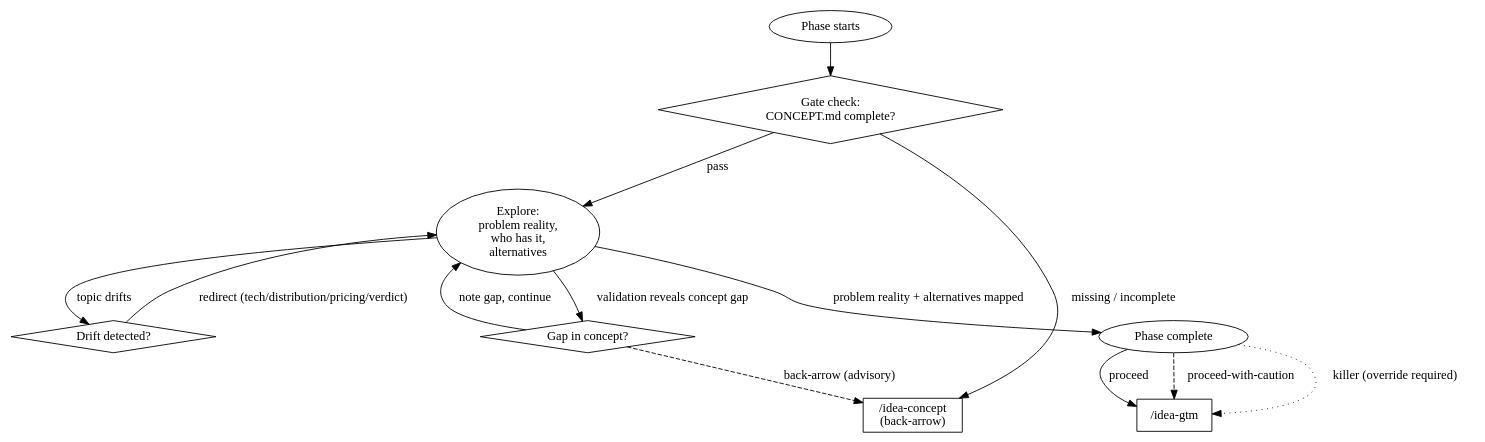
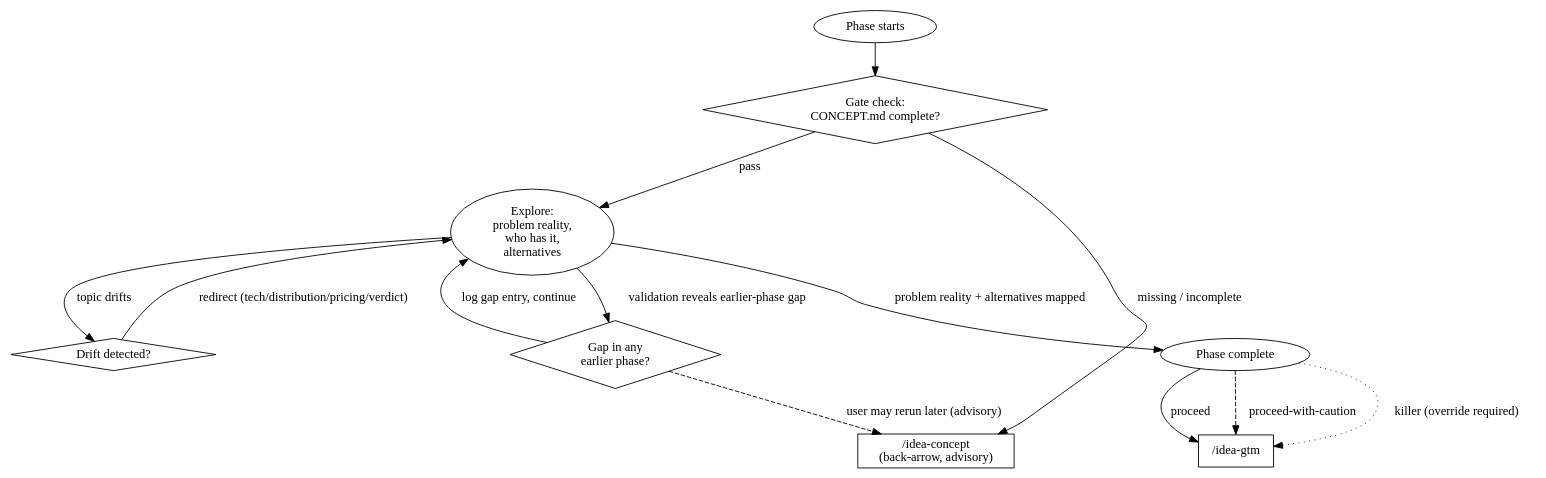
One commit to sticatz/eureka changed the diagram in skills/idea-validate/SKILL.md. Above: the diagram before and after it, drawn with Graphviz. The commit also changed other lines of this file and 9 other files, not shown here.

````diff
--- a/skills/idea-validate/SKILL.md
+++ b/skills/idea-validate/SKILL.md
@@ -25,25 +26,25 @@
 ```dot
 digraph validate {
     entry [label="Phase starts" shape=ellipse];
     gate [label="Gate check:\nCONCEPT.md complete?" shape=diamond];
     explore [label="Explore:\nproblem reality,\nwho has it,\nalternatives"];
     drift [label="Drift detected?" shape=diamond];
-    gap [label="Gap in concept?" shape=diamond];
+    gap [label="Gap in any\nearlier phase?" shape=diamond];
     complete [label="Phase complete" shape=ellipse];
     gtm [label="/idea-gtm" shape=box];
-    concept [label="/idea-concept\n(back-arrow)" shape=box];
+    concept [label="/idea-concept\n(back-arrow, advisory)" shape=box];
 
     entry -> gate;
     gate -> explore [label="pass"];
     gate -> concept [label="missing / incomplete"];
     explore -> drift [label="topic drifts"];
     drift -> explore [label="redirect (tech/distribution/pricing/verdict)"];
-    explore -> gap [label="validation reveals concept gap"];
-    gap -> explore [label="note gap, continue"];
-    gap -> concept [label="back-arrow (advisory)" style=dashed];
+    explore -> gap [label="validation reveals earlier-phase gap"];
+    gap -> explore [label="log gap entry, continue"];
+    gap -> concept [label="user may rerun later (advisory)" style=dashed];
     explore -> complete [label="problem reality + alternatives mapped"];
     complete -> gtm [label="proceed"];
     complete -> gtm [label="proceed-with-caution" style=dashed];
     complete -> gtm [label="killer (override required)" style=dotted];
 }
 ```
````
